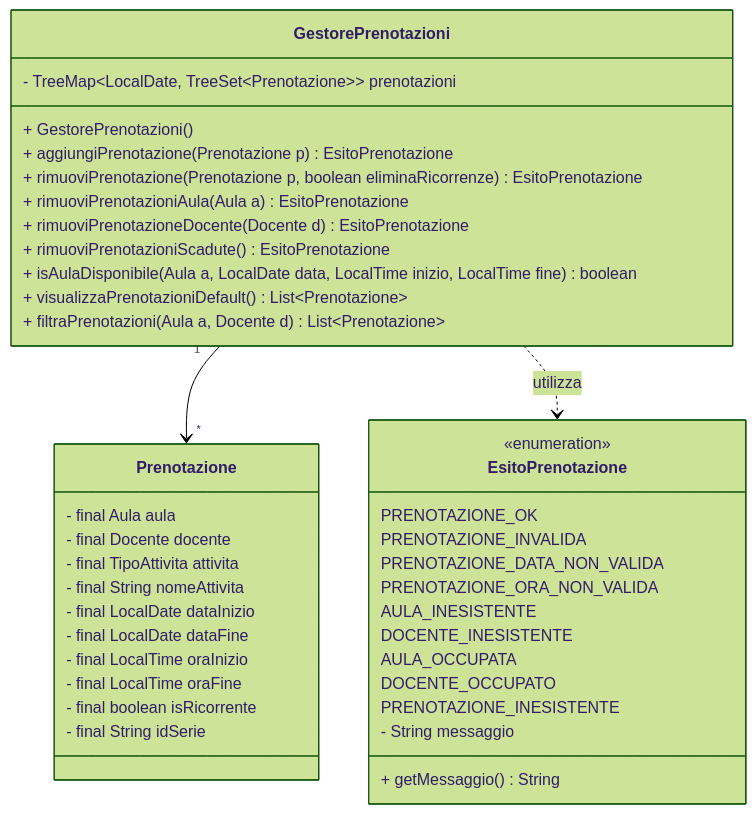
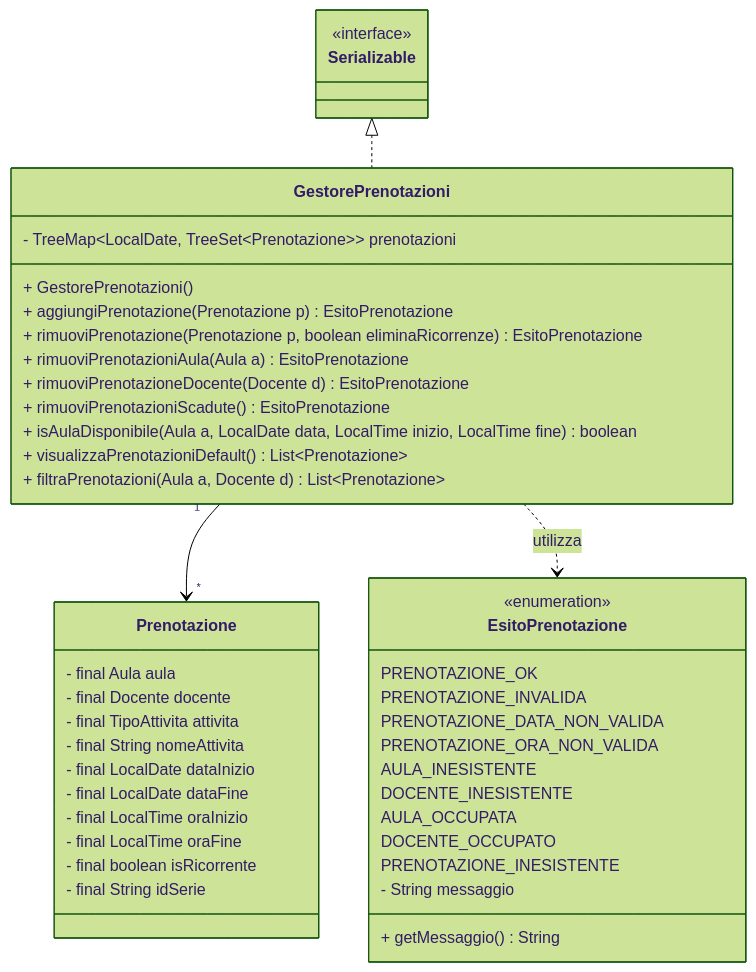
One commit to gcarbone48/PrenotazioneAule5 changed the diagram in diagrams/class diagrams/gestorePrenotazioniClass.md. Above: the diagram before and after it, drawn with Mermaid (forest theme). The commit also changed 1 other file, not shown here.

Commit message:
FEAT:  - aggiunta interfaccia Serializable in gestorePrenotazioniClassDiagram.md  - aggiunta relazione tra Serializable e archivio in archivioClassDiagram.md

````diff
--- a/diagrams/class diagrams/gestorePrenotazioniClass.md
+++ b/diagrams/class diagrams/gestorePrenotazioniClass.md
@@ -1,5 +1,11 @@
 ```mermaid
 classDiagram
+
+    class Serializable {
+             <<interface>>
+    }
+
+    Serializable <|.. GestorePrenotazioni
 
     class Prenotazione{
         - final Aula aula
````
